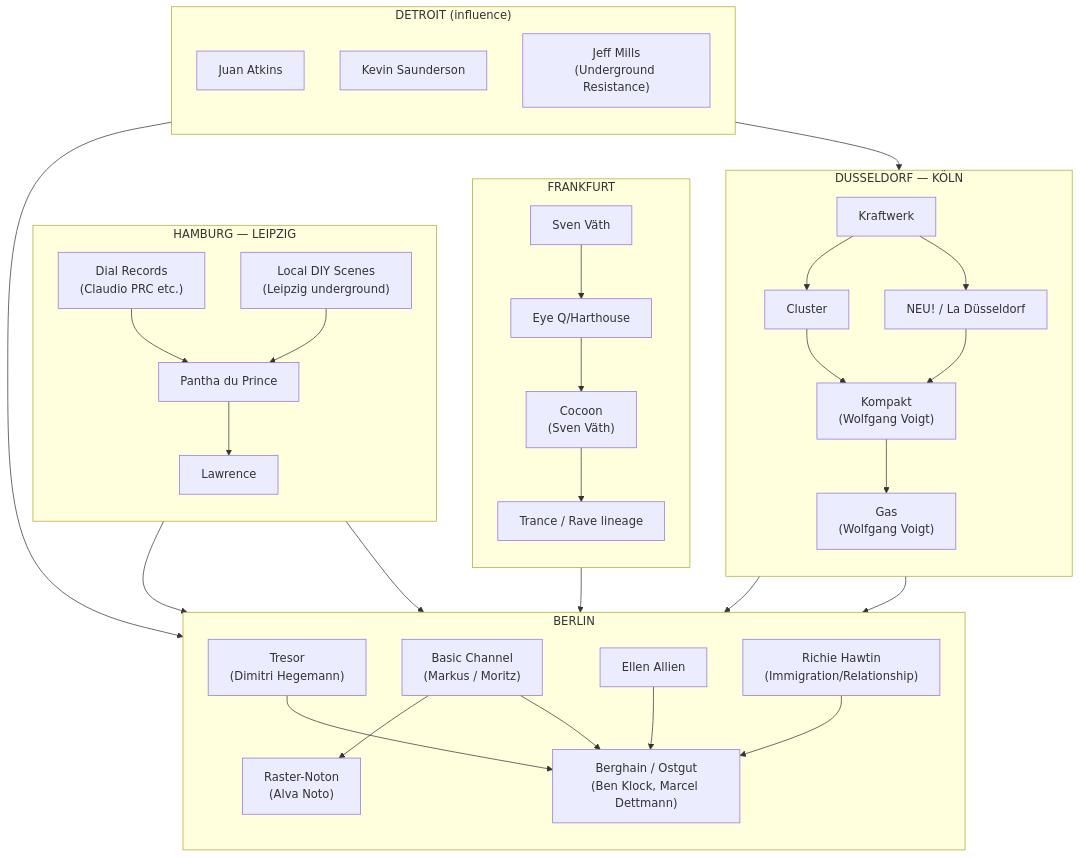
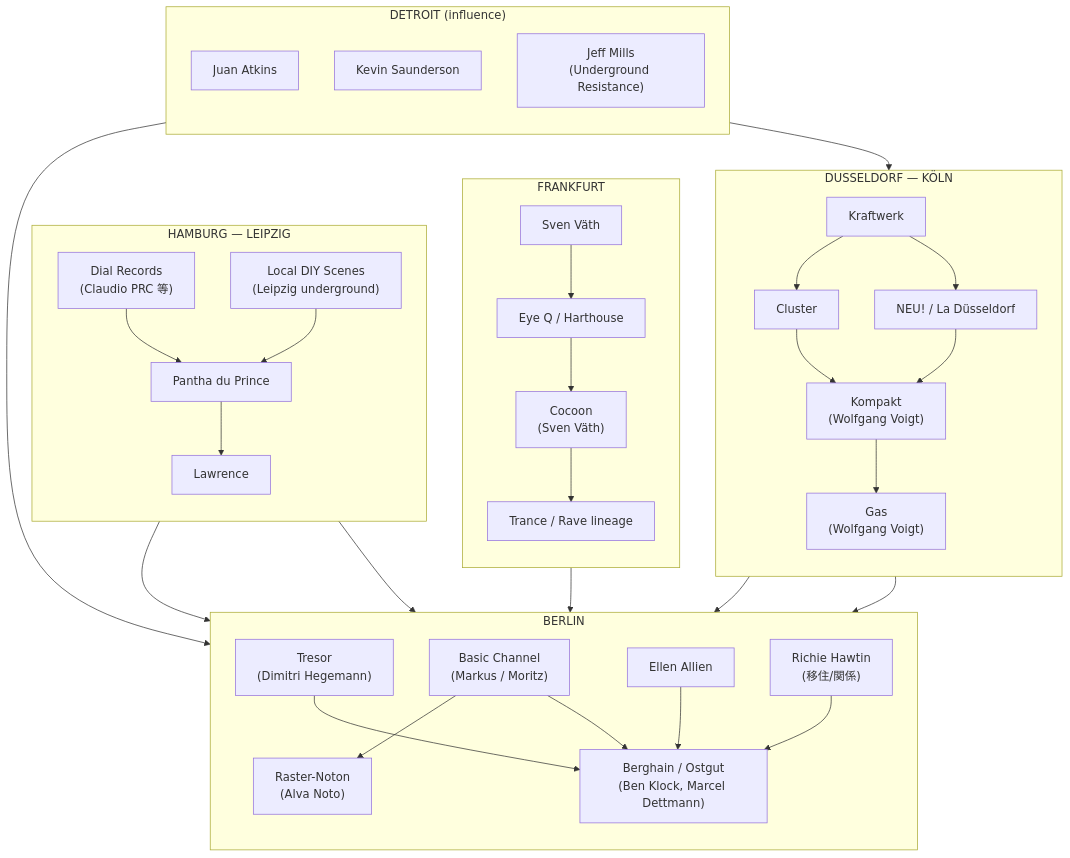
The second of 2 diagrams in en/_posts/2025-10-17-column-german-techno-areas.md (monumental-movement/monumental-movement.github.io), drawn with Mermaid before and after one commit. The commit also changed other lines of this file and 1724 other files, not shown here.

```diff
--- a/en/_posts/2025-10-17-column-german-techno-areas.md
+++ b/en/_posts/2025-10-17-column-german-techno-areas.md
@@ -247,85 +245,85 @@
 <div class="mermaid">
 
 flowchart TD
-%% --- Subgraph: Berlin ---
-subgraph BERLIN["BERLIN"]
-direction TB
-B1["Tresor<br/>(Dimitri Hegemann)"]
-B2["Basic Channel<br/>(Markus / Moritz)"]
-B3["Raster-Noton<br/>(Alva Noto)"]
-B4["Berghain / Ostgut<br/>(Ben Klock, Marcel Dettmann)"]
-B5["Ellen Allien"]
-B6["Richie Hawtin<br/>(Immigration/Relationship)"]
-end
+  %% --- サブグラフ：ベルリン ---
+  subgraph BERLIN["BERLIN"]
+    direction TB
+    B1["Tresor<br/>(Dimitri Hegemann)"]
+    B2["Basic Channel<br/>(Markus / Moritz)"]
+    B3["Raster-Noton<br/>(Alva Noto)"]
+    B4["Berghain / Ostgut<br/>(Ben Klock, Marcel Dettmann)"]
+    B5["Ellen Allien"]
+    B6["Richie Hawtin<br/>(移住/関係)"]
+  end
 
-%% --- Subgraph: Düsseldorf to Cologne ---
-subgraph RHINE["DUSSELDORF — KÖLN"]
-direction TB
-C1["Kraftwerk"]
-C2["NEU! / La Düsseldorf"]
-C3["Cluster"]
-C4["Kompakt<br/>(Wolfgang Voigt)"]
-C5["Gas<br/>(Wolfgang Voigt)"]
-end
+  %% --- サブグラフ：デュッセルドルフ〜ケルン ---
+  subgraph RHINE["DUSSELDORF — KÖLN"]
+    direction TB
+    C1["Kraftwerk"]
+    C2["NEU! / La Düsseldorf"]
+    C3["Cluster"]
+    C4["Kompakt<br/>(Wolfgang Voigt)"]
+    C5["Gas<br/>(Wolfgang Voigt)"]
+  end
 
-%% --- Subgraph: Frankfurt ---
-subgraph FRANKFURT["FRANKFURT"]
-direction TB
-F1["Sven Väth"]
-F2["Eye Q/Harthouse"]
-F3["Cocoon<br/>(Sven Väth)"]
-F4["Trance / Rave lineage"]
-end
+  %% --- サブグラフ：フランクフルト ---
+  subgraph FRANKFURT["FRANKFURT"]
+    direction TB
+    F1["Sven Väth"]
+    F2["Eye Q / Harthouse"]
+    F3["Cocoon<br/>(Sven Väth)"]
+    F4["Trance / Rave lineage"]
+  end
 
-%% --- Subgraph: Hamburg-Leipzig ---
-subgraph NORTH["HAMBURG — LEIPZIG"]
-direction TB
-H1["Dial Records<br/>(Claudio PRC etc.)"]
-H2["Pantha du Prince"]
-H3["Local DIY Scenes<br/>(Leipzig underground)"]
-H4["Lawrence"]
-end
+  %% --- サブグラフ：ハンブルク〜ライプツィヒ ---
+  subgraph NORTH["HAMBURG — LEIPZIG"]
+    direction TB
+    H1["Dial Records<br/>(Claudio PRC 等)"]
+    H2["Pantha du Prince"]
+    H3["Local DIY Scenes<br/>(Leipzig underground)"]
+    H4["Lawrence"]
+  end
 
-%% --- External influences (Detroit) ---
-subgraph DETROIT["DETROIT (influence)"]
-direction TB
-D1["Juan Atkins"]
-D2["Kevin Saunderson"]
-D3["Jeff Mills<br/>(Underground Resistance)"]
-end
+  %% --- 外的影響（デトロイト） ---
+  subgraph DETROIT["DETROIT (influence)"]
+    direction TB
+    D1["Juan Atkins"]
+    D2["Kevin Saunderson"]
+    D3["Jeff Mills<br/>(Underground Resistance)"]
+  end
 
-%% --- Arrow (Influence/Genealogy) ---
-%% Berlin internal
-B1 --> B4
-B2 --> B3
-B2 --> B4
-B5 --> B4
-B6 --> B4
+  %% --- 矢印（影響 / 系譜） ---
+  %% Berlin internal
+  B1 --> B4
+  B2 --> B3
+  B2 --> B4
+  B5 --> B4
+  B6 --> B4
 
-%% Rhine internal
-C1 --> C2
-C1 --> C3
-C3 --> C4
-C4 --> C5
-C2 --> C4
+  %% Rhine internal
+  C1 --> C2
+  C1 --> C3
+  C3 --> C4
+  C4 --> C5
+  C2 --> C4
 
-%% Frankfurt internal
-F1 --> F2
-F2 --> F3
-F3 --> F4
+  %% Frankfurt internal
+  F1 --> F2
+  F2 --> F3
+  F3 --> F4
 
-%% North internal
-H1 --> H2
-H2 --> H4
-H3 --> H2
+  %% North internal
+  H1 --> H2
+  H2 --> H4
+  H3 --> H2
 
-%% Cross-city influences
-C1 --> B2
-D3 --> B1
-D1 --> C1
-F1 --> B4
-C4 --> B3
-H1 --> B3
-H3 --> B1
+  %% Cross-city influences
+  C1 --> B2
+  D3 --> B1
+  D1 --> C1
+  F1 --> B4
+  C4 --> B3
+  H1 --> B3
+  H3 --> B1
 
 </div>
```
